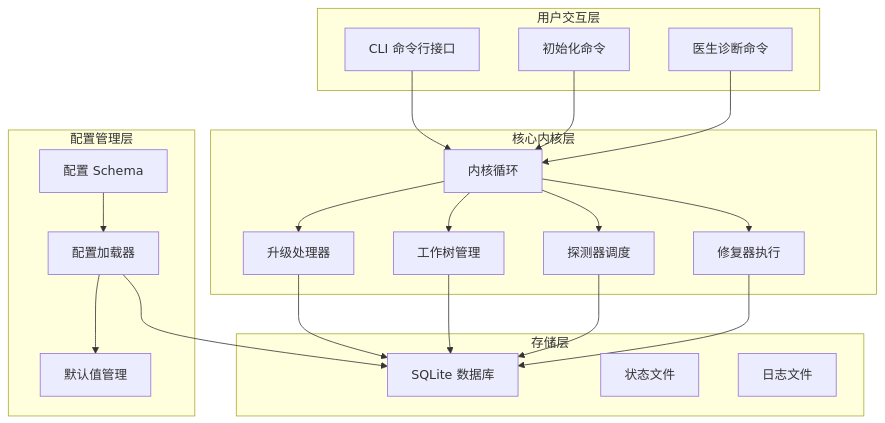
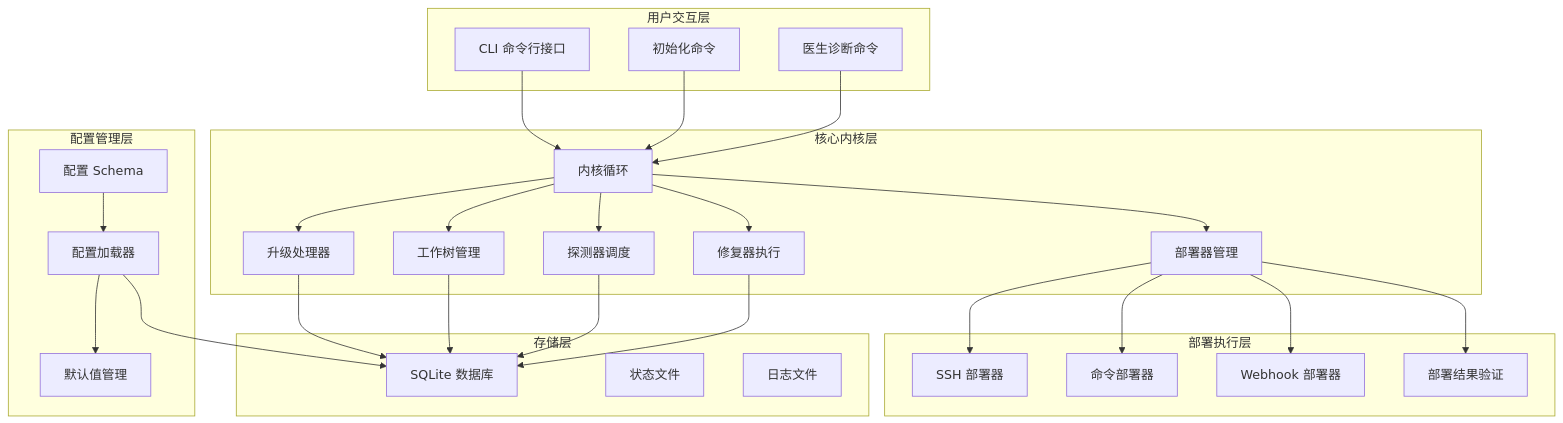
One commit to pinsonchen/vivify changed the second of 8 diagrams in .qoder/repowiki/zh/content/技术实现参考/代码替换策略/核心内核循环和文档更新.md. Above: the diagram before and after it, drawn with Mermaid. The commit also changed other lines of this file and 4 other files, not shown here.

````diff
--- a/.qoder/repowiki/zh/content/技术实现参考/代码替换策略/核心内核循环和文档更新.md
+++ b/.qoder/repowiki/zh/content/技术实现参考/代码替换策略/核心内核循环和文档更新.md
@@ -92,39 +115,51 @@
 ```mermaid
 graph TB
 subgraph "用户交互层"
 A[CLI 命令行接口]
 B[初始化命令]
 C[医生诊断命令]
 end
 subgraph "核心内核层"
 D[内核循环]
 E[升级处理器]
 F[工作树管理]
 G[探测器调度]
 H[修复器执行]
+I[部署器管理]
 end
 subgraph "配置管理层"
-I[配置 Schema]
-J[配置加载器]
-K[默认值管理]
+J[配置 Schema]
+K[配置加载器]
+L[默认值管理]
 end
 subgraph "存储层"
-L[SQLite 数据库]
-M[状态文件]
-N[日志文件]
+M[SQLite 数据库]
+N[状态文件]
+O[日志文件]
+end
+subgraph "部署执行层"
+P[SSH 部署器]
+Q[命令部署器]
+R[Webhook 部署器]
+S[部署结果验证]
 end
 A --> D
 B --> D
 C --> D
 D --> E
 D --> F
 D --> G
 D --> H
-E --> L
-F --> L
-G --> L
-H --> L
-I --> J
+D --> I
+E --> M
+F --> M
+G --> M
+H --> M
+I --> P
+I --> Q
+I --> R
+I --> S
 J --> K
-J --> L
+K --> L
+K --> M
 ```
````
